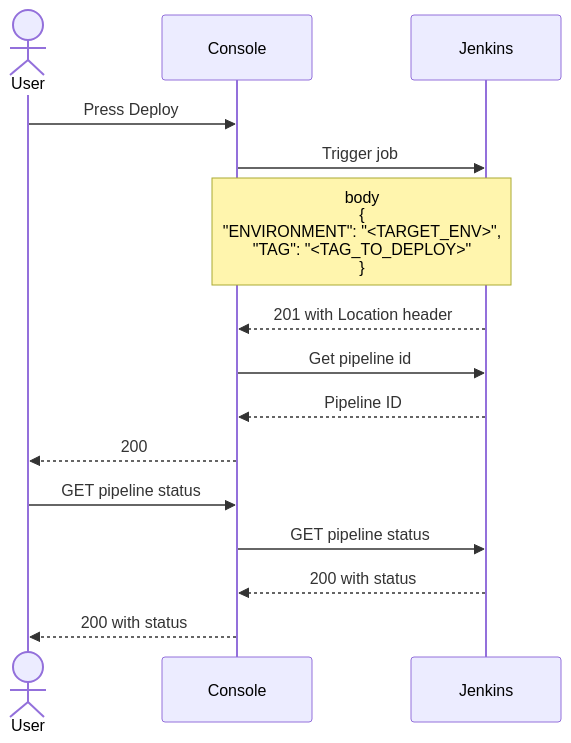
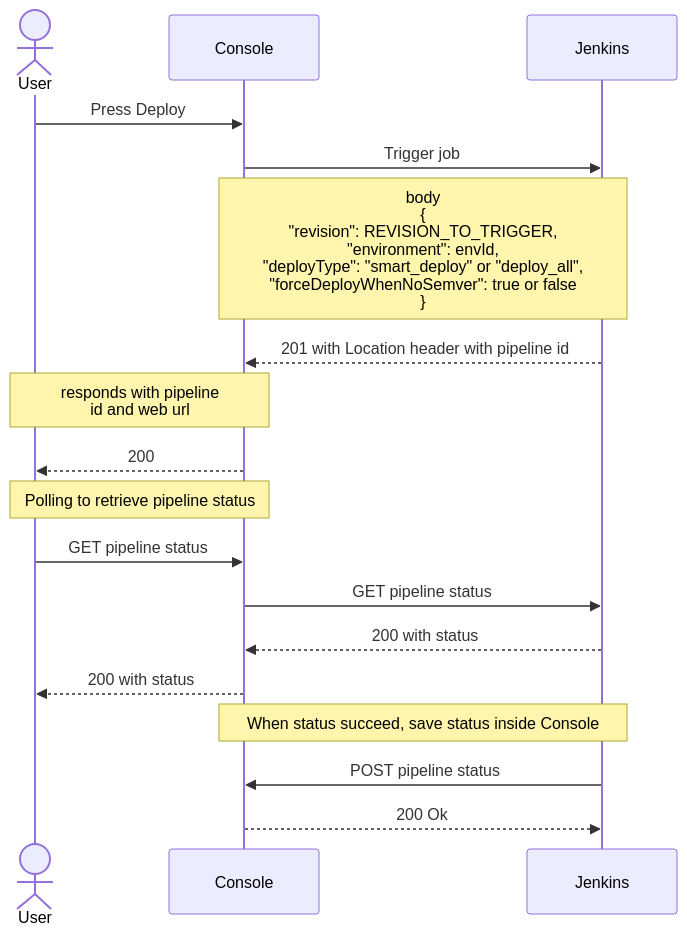
One commit to mia-platform/documentation changed the diagram in docs/development_suite/deploy/pipeline-based/configure-jenkins.md. Above: the diagram before and after it, drawn with Mermaid. The commit also changed other lines of this file and 2 other files, not shown here.

Commit message:
feat: improve Jenkins documentation

````diff
--- a/docs/development_suite/deploy/pipeline-based/configure-jenkins.md
+++ b/docs/development_suite/deploy/pipeline-based/configure-jenkins.md
@@ -38,18 +27,24 @@
 ```mermaid
 sequenceDiagram
   actor User
   participant Console
   participant Jenkins
 
   User->>Console: Press Deploy
   Console->>Jenkins: Trigger job
-  note over Console,Jenkins: body<br/>{<br/>"ENVIRONMENT": "<TARGET_ENV>",<br/>"TAG": "<TAG_TO_DEPLOY>"<br/>}
-  Jenkins-->>Console: 201 with Location header
-  Console->>Jenkins: Get pipeline id
-  Jenkins-->>Console: Pipeline ID
+  note over Console,Jenkins: body<br/>{<br/>"revision": REVISION_TO_TRIGGER,<br/>"environment": envId,<br/>"deployType": "smart_deploy" or "deploy_all",<br/>"forceDeployWhenNoSemver": true or false<br/>}
+  Jenkins-->>Console: 201 with Location header with pipeline id
+  note over User,Console: responds with pipeline<br/> id and web url
   Console-->>User: 200
+
+  note over User,Console: Polling to retrieve pipeline status
+
   User->>Console: GET pipeline status
   Console->>Jenkins: GET pipeline status
   Jenkins-->>Console: 200 with status
   Console-->>User: 200 with status
+
+  note over Console,Jenkins: When status succeed, save status inside Console
+  Jenkins->>Console: POST pipeline status
+  Console-->>Jenkins: 200 Ok
 ```
````
